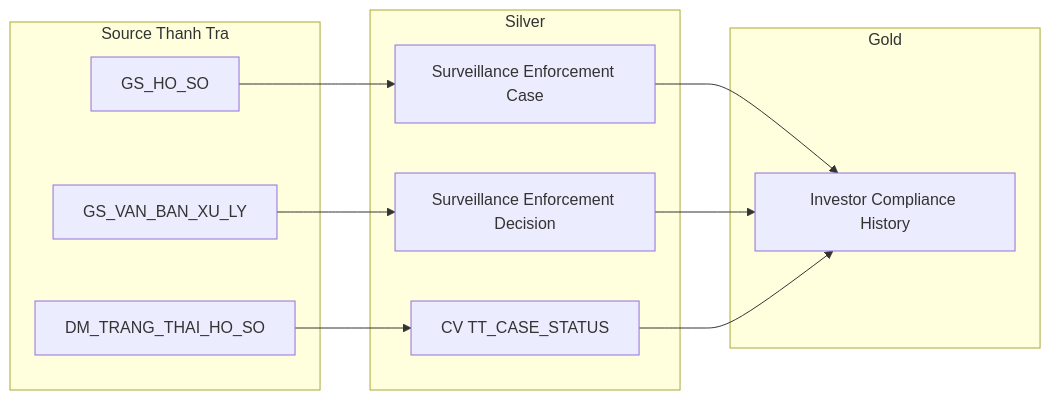
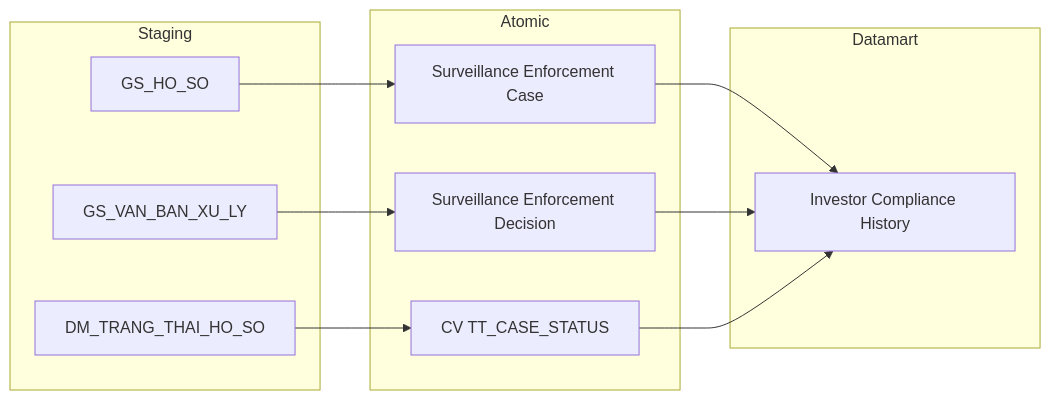
Before and after one commit to linhlvit/ubck_atomic_design: the third of 32 diagrams in Gold/hld/GOLD_NDTNN_HLD.md, drawn with Mermaid. The commit also changed other lines of this file and 8 other files, not shown here.

````diff
--- a/Gold/hld/GOLD_NDTNN_HLD.md
+++ b/Gold/hld/GOLD_NDTNN_HLD.md
@@ -110,26 +110,26 @@
 ```mermaid
 flowchart LR
-    subgraph SRC["Source Thanh Tra"]
+    subgraph SRC["Staging"]
         S1["GS_HO_SO"]
         S2["GS_VAN_BAN_XU_LY"]
         S3["DM_TRANG_THAI_HO_SO"]
     end
 
-    subgraph SIL["Silver"]
+    subgraph SIL["Atomic"]
         SV1["Surveillance Enforcement Case"]
         SV2["Surveillance Enforcement Decision"]
         SV3["CV TT_CASE_STATUS"]
     end
 
-    subgraph GOLD["Gold"]
+    subgraph GOLD["Datamart"]
         G1["Investor Compliance History"]
     end
 
     S1 --> SV1
     S2 --> SV2
     S3 --> SV3
 
     SV1 --> G1
     SV2 --> G1
     SV3 --> G1
 ```
````
